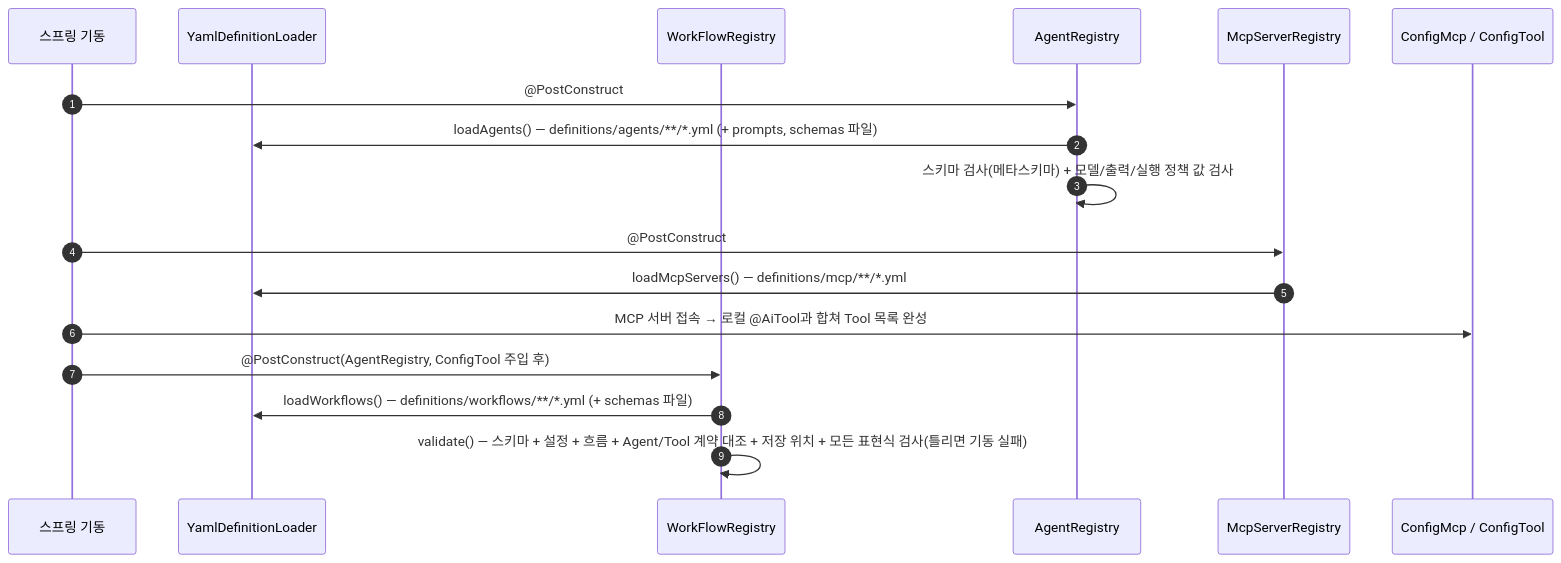
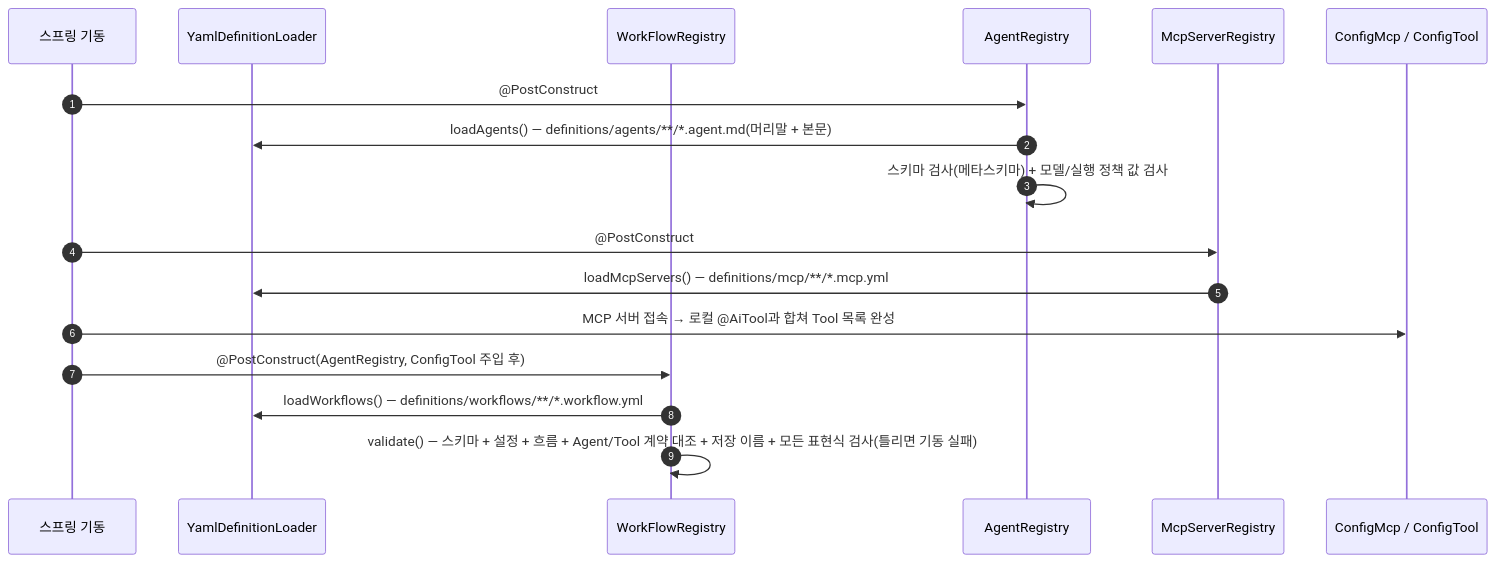
The second of 10 diagrams in docs/09.dstone-ai-engine.md (YongSoekChoeng/dstone), drawn with Mermaid before and after one commit. The commit also changed other lines of this file and 7 other files, not shown here.

First line of the commit message:
docs: 정의 파일 새 형식(.agent.md, Picoschema, with/save/return/state) 반영

````diff
--- a/docs/09.dstone-ai-engine.md
+++ b/docs/09.dstone-ai-engine.md
@@ -391,20 +391,20 @@
 ```mermaid
 sequenceDiagram
     autonumber
     participant APP as 스프링 기동
     participant LD as YamlDefinitionLoader
     participant WR as WorkFlowRegistry
     participant AR as AgentRegistry
     participant MR as McpServerRegistry
     participant MC as ConfigMcp / ConfigTool
 
     APP->>AR: @PostConstruct
-    AR->>LD: loadAgents() — definitions/agents/**/*.yml (+ prompts, schemas 파일)
-    AR->>AR: 스키마 검사(메타스키마) + 모델/출력/실행 정책 값 검사
+    AR->>LD: loadAgents() — definitions/agents/**/*.agent.md(머리말 + 본문)
+    AR->>AR: 스키마 검사(메타스키마) + 모델/실행 정책 값 검사
     APP->>MR: @PostConstruct
-    MR->>LD: loadMcpServers() — definitions/mcp/**/*.yml
+    MR->>LD: loadMcpServers() — definitions/mcp/**/*.mcp.yml
     APP->>MC: MCP 서버 접속 → 로컬 @AiTool과 합쳐 Tool 목록 완성
     APP->>WR: @PostConstruct(AgentRegistry, ConfigTool 주입 후)
-    WR->>LD: loadWorkflows() — definitions/workflows/**/*.yml (+ schemas 파일)
-    WR->>WR: validate() — 스키마 + 설정 + 흐름 + Agent/Tool 계약 대조 + 저장 위치 + 모든 표현식 검사(틀리면 기동 실패)
+    WR->>LD: loadWorkflows() — definitions/workflows/**/*.workflow.yml
+    WR->>WR: validate() — 스키마 + 설정 + 흐름 + Agent/Tool 계약 대조 + 저장 이름 + 모든 표현식 검사(틀리면 기동 실패)
 ```
````
